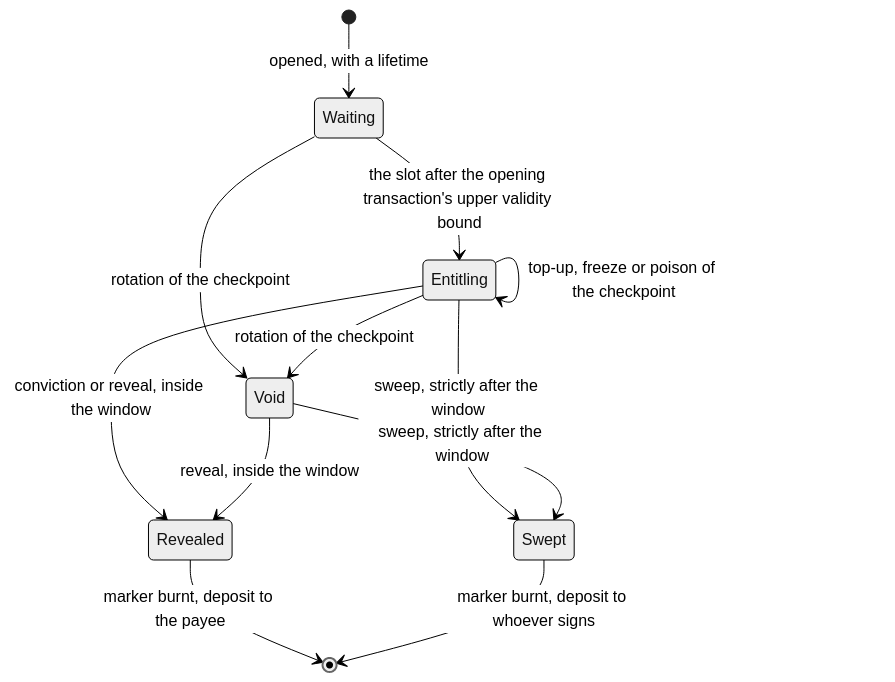
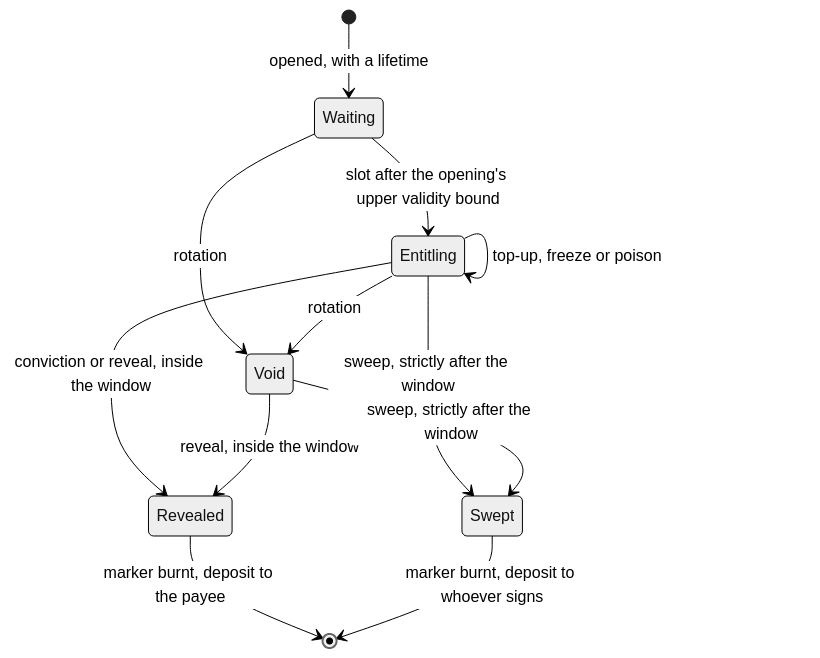
One commit to lambdasistemi/cardano-keri changed the third of 3 diagrams in docs/design/trust-model.md. Above: the diagram before and after it, drawn with Mermaid (neutral theme). The commit also changed other lines of this file and 4 other files, not shown here.

First line of the commit message:
docs: keep the commitment lifecycle diagram inside the page

````diff
--- a/docs/design/trust-model.md
+++ b/docs/design/trust-model.md
@@ -322,14 +323,14 @@
 ```mermaid
 stateDiagram-v2
   [*] --> Waiting: opened, with a lifetime
-  Waiting --> Entitling: the slot after the opening transaction's upper validity bound
-  Waiting --> Void: rotation of the checkpoint
-  Entitling --> Entitling: top-up, freeze or poison of the checkpoint
-  Entitling --> Void: rotation of the checkpoint
+  Waiting --> Entitling: slot after the opening's upper validity bound
+  Waiting --> Void: rotation
+  Entitling --> Entitling: top-up, freeze or poison
+  Entitling --> Void: rotation
   Entitling --> Revealed: conviction or reveal, inside the window
   Entitling --> Swept: sweep, strictly after the window
   Void --> Revealed: reveal, inside the window
   Void --> Swept: sweep, strictly after the window
   Revealed --> [*]: marker burnt, deposit to the payee
   Swept --> [*]: marker burnt, deposit to whoever signs
 ```
````
